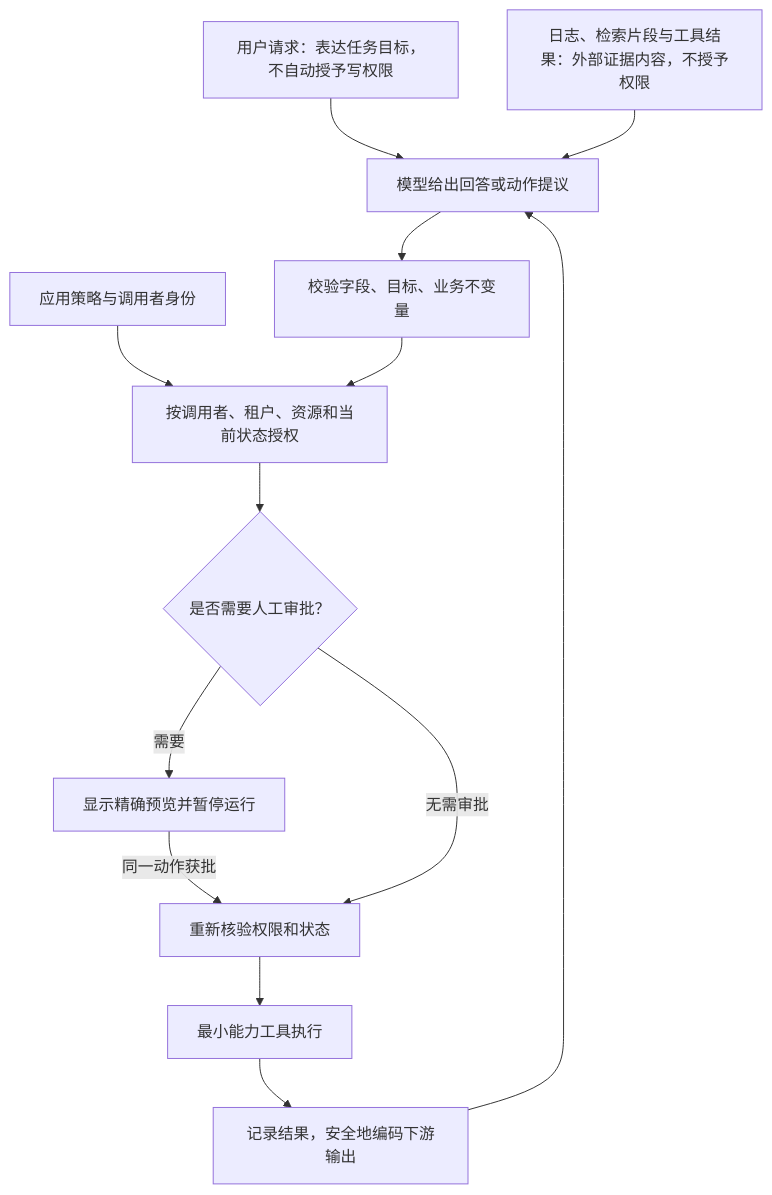
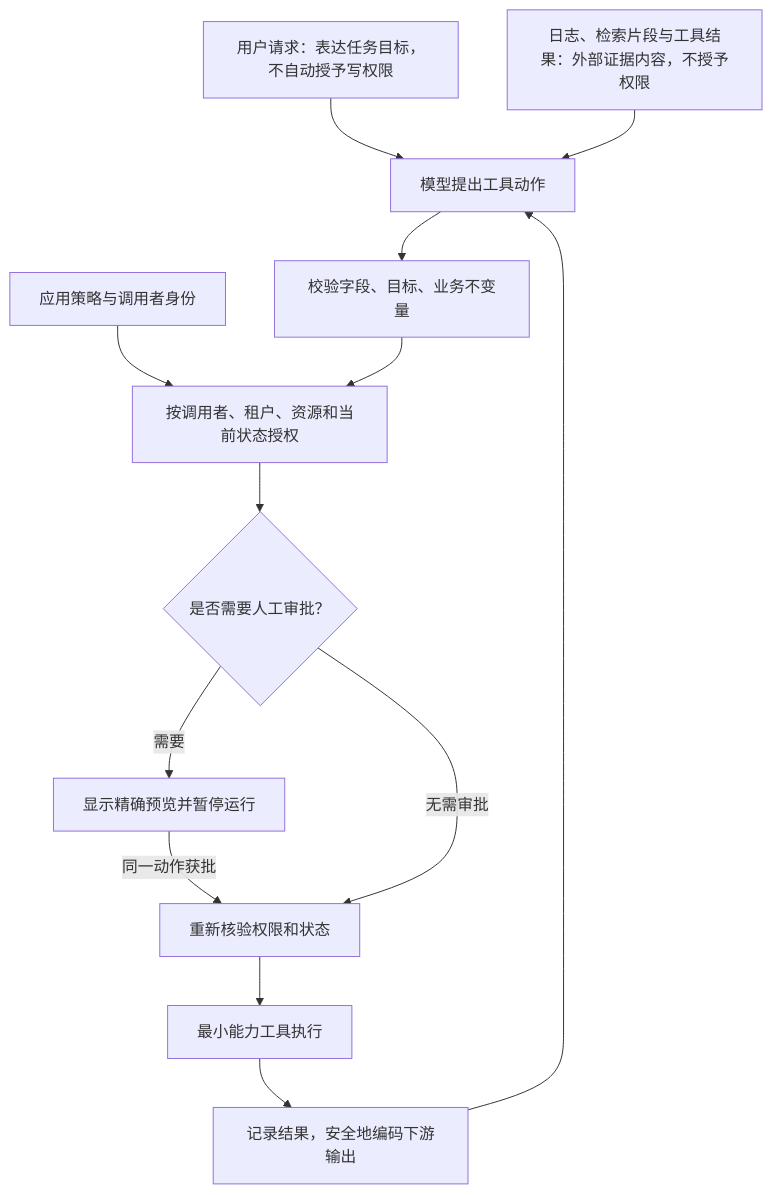
The diagram in ai-engineering/safety/ai-safety-in-production.md (Negronii/MyNotes), drawn with Mermaid before and after one commit. The commit also changed other lines of this file and 26 other files, not shown here.

Commit message:
Clarify AI architecture scope and strengthen reader-focused review

````diff
--- a/ai-engineering/safety/ai-safety-in-production.md
+++ b/ai-engineering/safety/ai-safety-in-production.md
@@ -20,15 +22,15 @@
 ```mermaid
 flowchart TD
-  Goal[用户请求：表达任务目标，不自动授予写权限] --> Model[模型给出回答或动作提议]
+  Goal[用户请求：表达任务目标，不自动授予写权限] --> Model[模型提出工具动作]
   Evidence[日志、检索片段与工具结果：外部证据内容，不授予权限] --> Model
   Policy[应用策略与调用者身份] --> Auth[按调用者、租户、资源和当前状态授权]
   Model --> Shape[校验字段、目标、业务不变量]
   Shape --> Auth
   Auth --> Review{是否需要人工审批？}
   Review -->|需要| Hold[显示精确预览并暂停运行]
   Hold -->|同一动作获批| Recheck[重新核验权限和状态]
   Review -->|无需审批| Recheck
   Recheck --> Tool[最小能力工具执行]
   Tool --> Result[记录结果，安全地编码下游输出]
   Result --> Model
 ```
````
